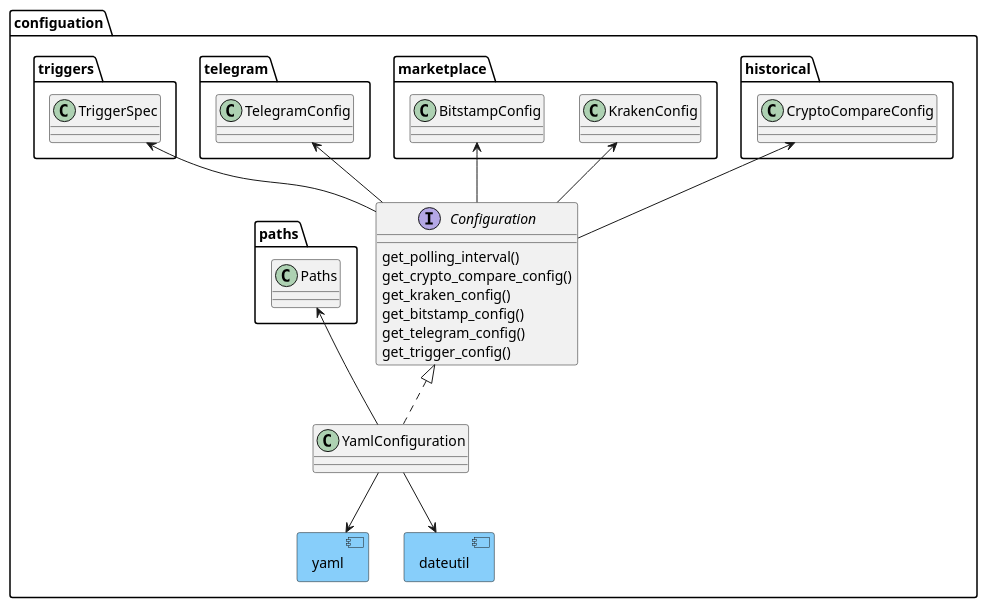
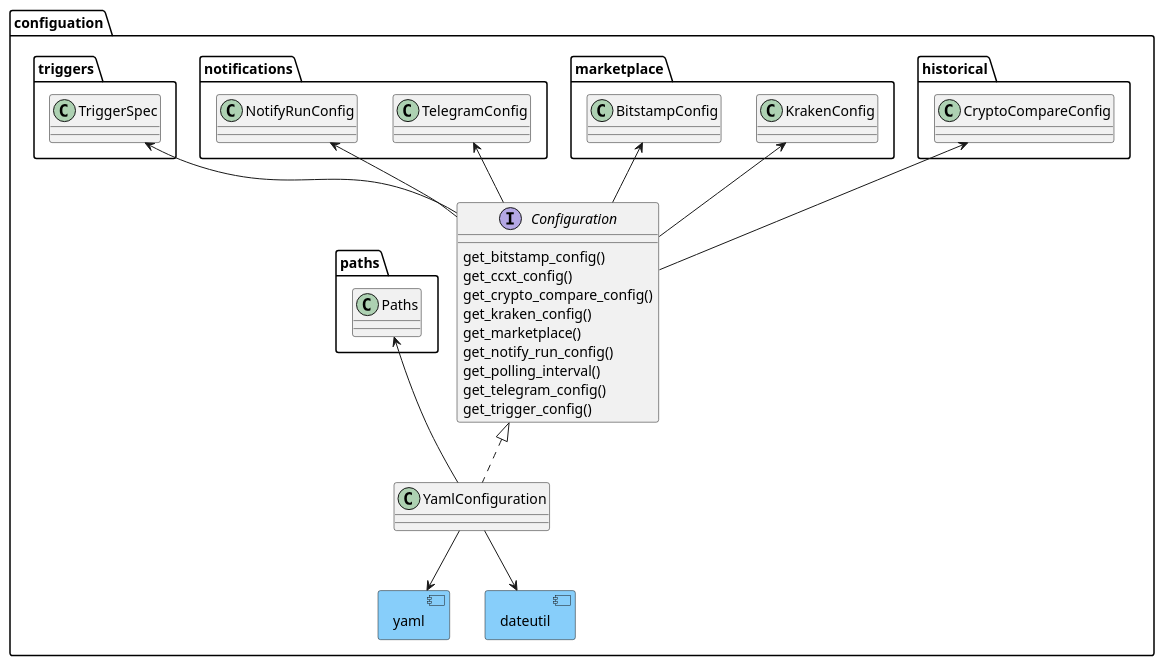
Before and after one commit to martin-ueding/vigilant-crypto-snatch: the diagram in docs/dev/graphs/configuration.puml, drawn with PlantUML. The commit also changed 3 other files, not shown here.

```diff
--- a/docs/dev/graphs/configuration.puml
+++ b/docs/dev/graphs/configuration.puml
@@ -1,36 +1,40 @@
 @startuml
 
 allowmixing
 
 namespace configuation {
 component yaml #lightskyblue
 component dateutil #lightskyblue
 
 interface Configuration {
-    get_polling_interval()
+    get_bitstamp_config()
+    get_ccxt_config()
     get_crypto_compare_config()
     get_kraken_config()
-    get_bitstamp_config()
+    get_marketplace()
+    get_notify_run_config()
+    get_polling_interval()
     get_telegram_config()
     get_trigger_config()
 }
 
 class YamlConfiguration implements Configuration
 
 historical.CryptoCompareConfig <-- Configuration
 marketplace.KrakenConfig <-- Configuration
 marketplace.BitstampConfig <-- Configuration
-telegram.TelegramConfig <-- Configuration
+notifications.TelegramConfig <-- Configuration
 triggers.TriggerSpec <-- Configuration
+notifications.NotifyRunConfig <-- Configuration
 
 YamlConfiguration --> dateutil
 YamlConfiguration --> yaml
 
 
 paths.Paths <-- YamlConfiguration
 
 }
 
 
 
 @enduml
```
